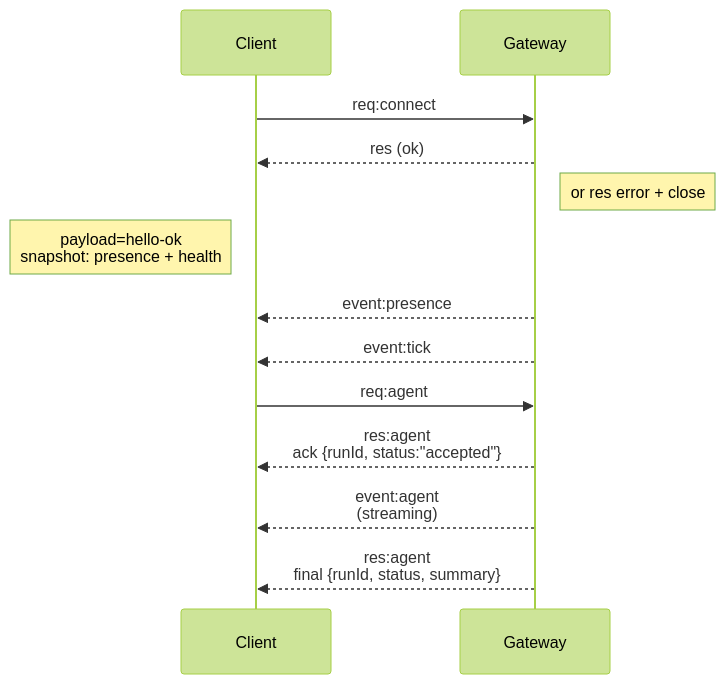
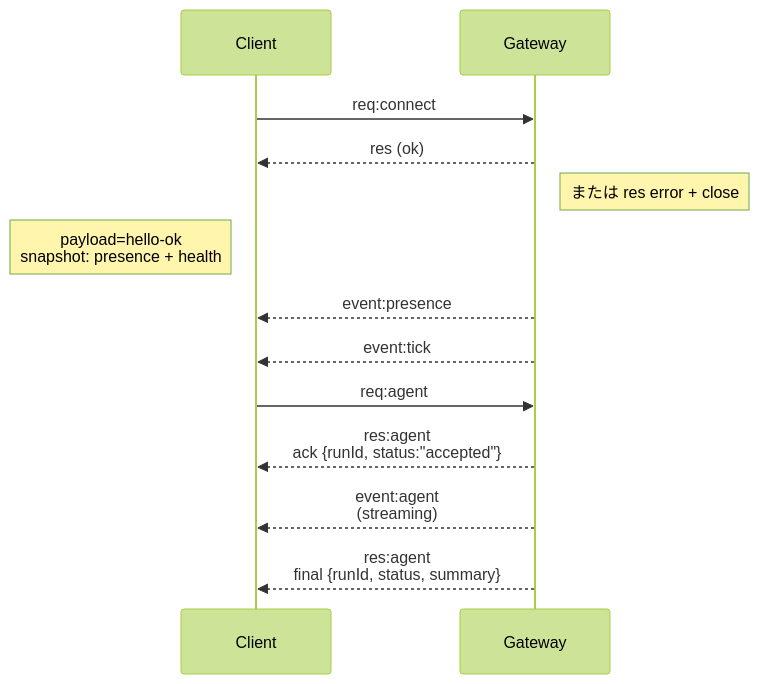
Before and after one commit to KaiseiTakazawa/openclaw-docs-ja: the diagram in content/concepts/architecture.mdx, drawn with Mermaid (forest theme). The commit also changed other lines of this file and 245 other files, not shown here.

````diff
--- a/content/concepts/architecture.mdx
+++ b/content/concepts/architecture.mdx
@@ -60,18 +54,18 @@
 ```mermaid
 sequenceDiagram
     participant Client
     participant Gateway
 
     Client->>Gateway: req:connect
     Gateway-->>Client: res (ok)
-    Note right of Gateway: or res error + close
+    Note right of Gateway: または res error + close
     Note left of Client: payload=hello-ok<br>snapshot: presence + health
 
     Gateway-->>Client: event:presence
     Gateway-->>Client: event:tick
 
     Client->>Gateway: req:agent
     Gateway-->>Client: res:agent<br>ack {runId, status:"accepted"}
     Gateway-->>Client: event:agent<br>(streaming)
     Gateway-->>Client: res:agent<br>final {runId, status, summary}
 ```
````
